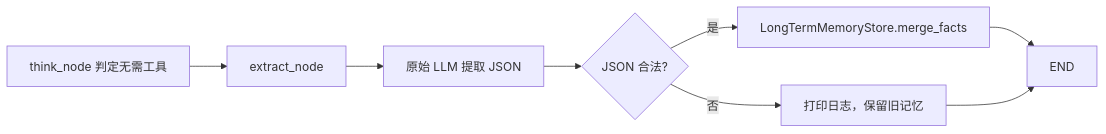
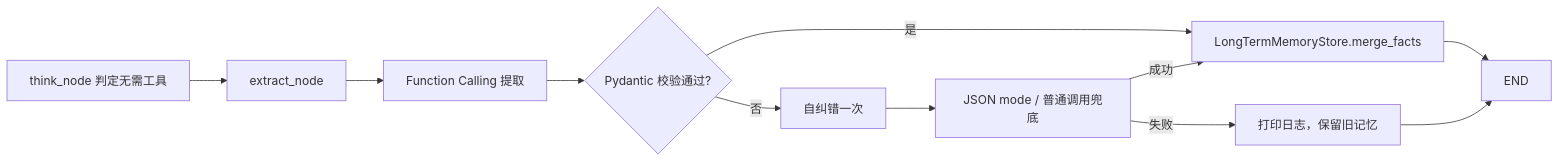
Before and after one commit to Heicrt/test2: the fourth of 5 diagrams in src/test2/docs/wiki.md, drawn with Mermaid. The commit also changed other lines of this file and 6 other files, not shown here.

````diff
--- a/src/test2/docs/wiki.md
+++ b/src/test2/docs/wiki.md
@@ -3771,10 +3777,13 @@
 ```mermaid
 flowchart LR
     A[think_node 判定无需工具] --> B[extract_node]
-    B --> C[原始 LLM 提取 JSON]
-    C --> D{JSON 合法?}
+    B --> C[Function Calling 提取]
+    C --> D{Pydantic 校验通过?}
     D -->|是| E[LongTermMemoryStore.merge_facts]
-    D -->|否| F[打印日志，保留旧记忆]
-    E --> G[END]
-    F --> G
+    D -->|否| F[自纠错一次]
+    F --> G[JSON mode / 普通调用兜底]
+    G -->|成功| E
+    G -->|失败| H[打印日志，保留旧记忆]
+    E --> I[END]
+    H --> I
 ```
````
